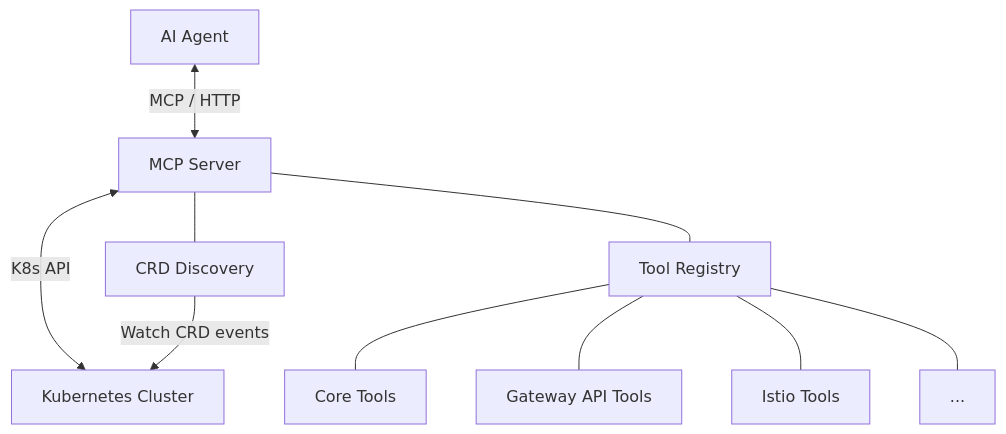
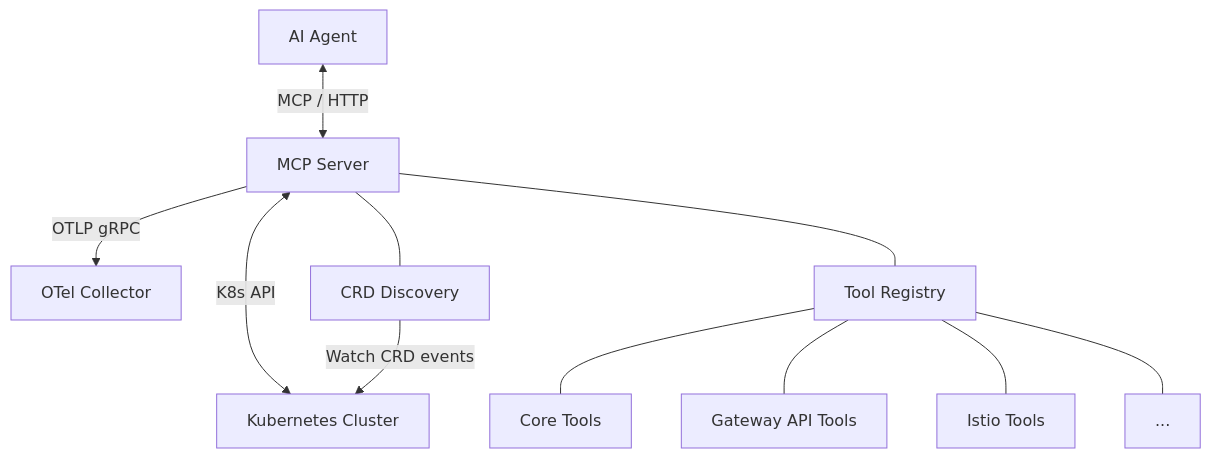
Before and after one commit to henrikrexed/mcp-k8s-networking: the diagram in docs/architecture.md, drawn with Mermaid. The commit also changed other lines of this file and 13 other files, not shown here.

````diff
--- a/docs/architecture.md
+++ b/docs/architecture.md
@@ -5,15 +5,16 @@
 ```mermaid
 flowchart TD
     Agent["AI Agent"] <-->|MCP / HTTP| MCP["MCP Server"]
     MCP <-->|K8s API| K8s["Kubernetes Cluster"]
+    MCP -->|OTLP gRPC| OTel["OTel Collector"]
 
     MCP --- TR["Tool Registry"]
     MCP --- CD["CRD Discovery"]
 
     TR --- Core["Core Tools"]
     TR --- GW["Gateway API Tools"]
     TR --- Istio["Istio Tools"]
     TR --- More["..."]
 
     CD -->|Watch CRD events| K8s
 ```
````
